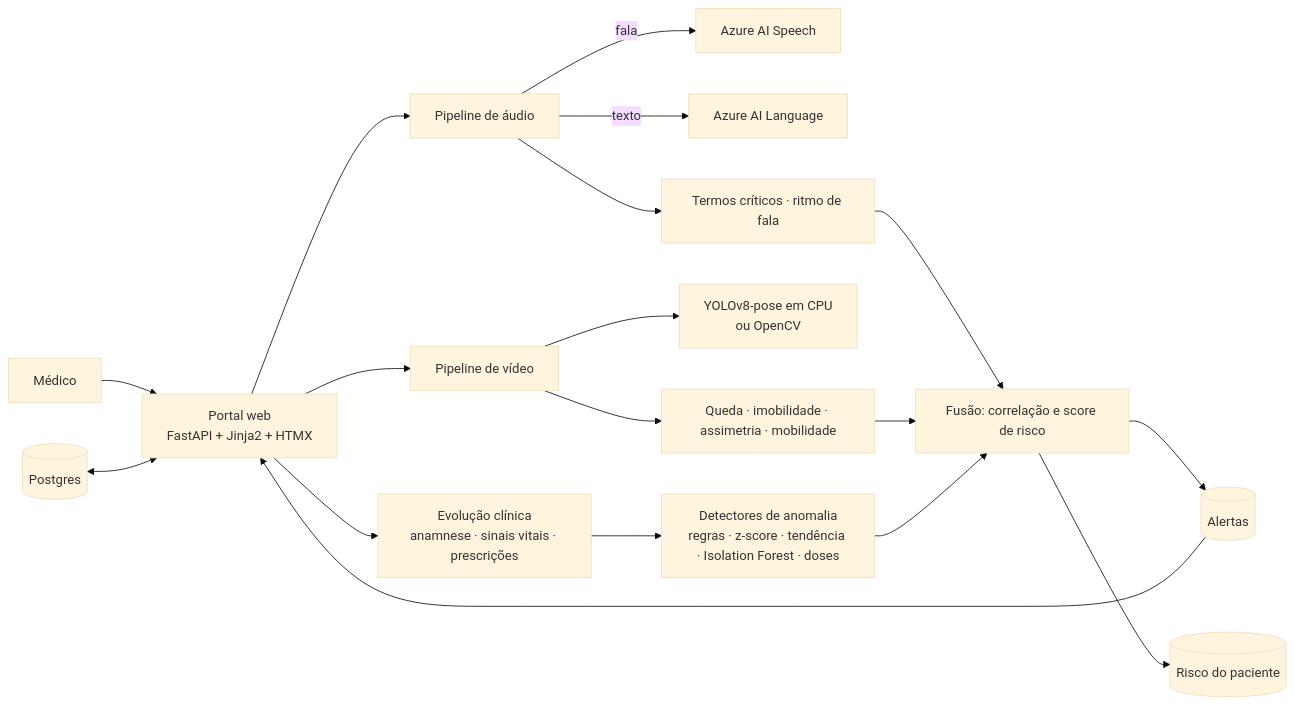
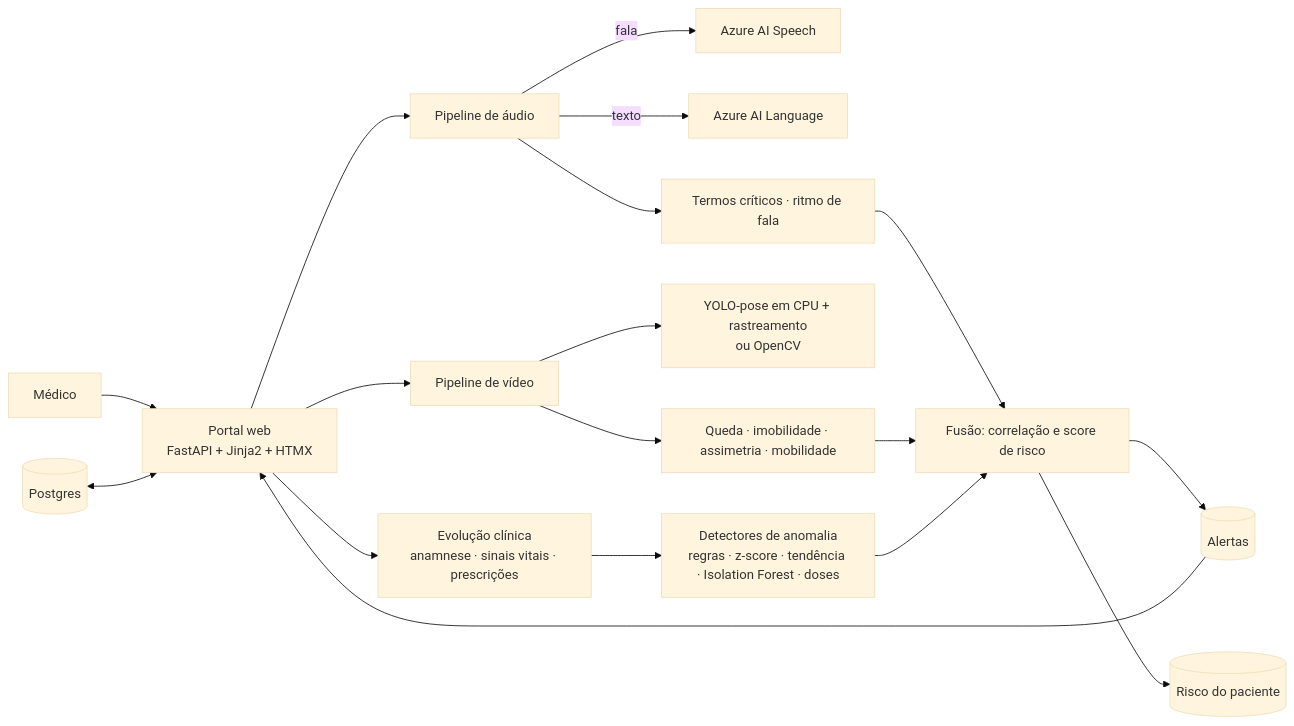
The diagram in docs/architecture.md (bschoola/AI-fiap-techchallenge-fase4), drawn with Mermaid (base theme) before and after one commit. The commit also changed other lines of this file and 30 other files, not shown here.

````diff
--- a/docs/architecture.md
+++ b/docs/architecture.md
@@ -3,20 +3,20 @@
 ```mermaid
 flowchart LR
     M[Médico] --> W[Portal web<br/>FastAPI + Jinja2 + HTMX]
     W --> A[Pipeline de áudio]
     W --> V[Pipeline de vídeo]
     W --> E[Evolução clínica<br/>anamnese · sinais vitais · prescrições]
     A -->|fala| SP[Azure AI Speech]
     A -->|texto| LG[Azure AI Language]
     A --> T[Termos críticos · ritmo de fala]
-    V --> Y[YOLOv8-pose em CPU<br/>ou OpenCV]
+    V --> Y[YOLO-pose em CPU + rastreamento<br/>ou OpenCV]
     V --> EV[Queda · imobilidade · assimetria · mobilidade]
     E --> AN[Detectores de anomalia<br/>regras · z-score · tendência · Isolation Forest · doses]
     T --> F[Fusão: correlação e score de risco]
     EV --> F
     AN --> F
     F --> AL[(Alertas)]
     F --> R[(Risco do paciente)]
     AL --> W
     DB[(Postgres)] <--> W
 ```
````
